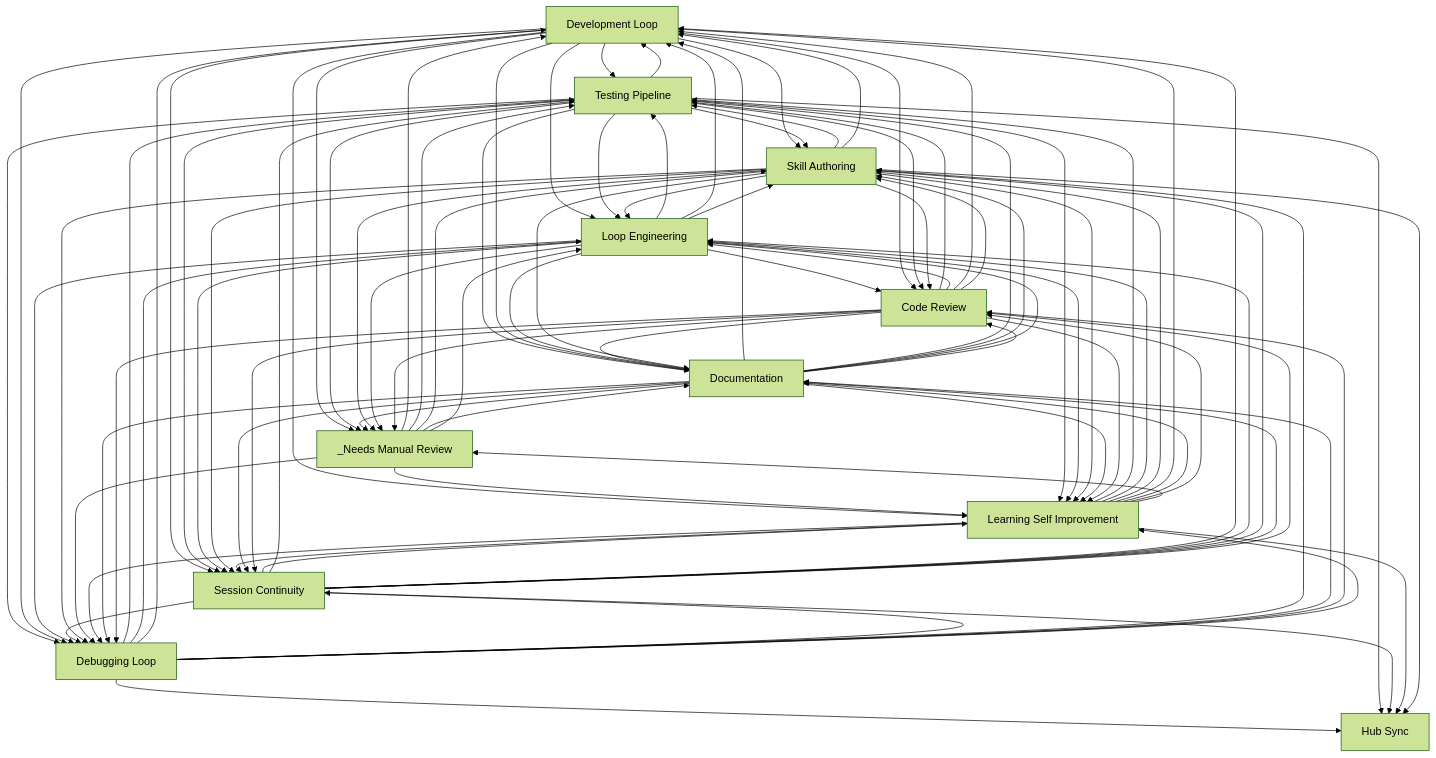
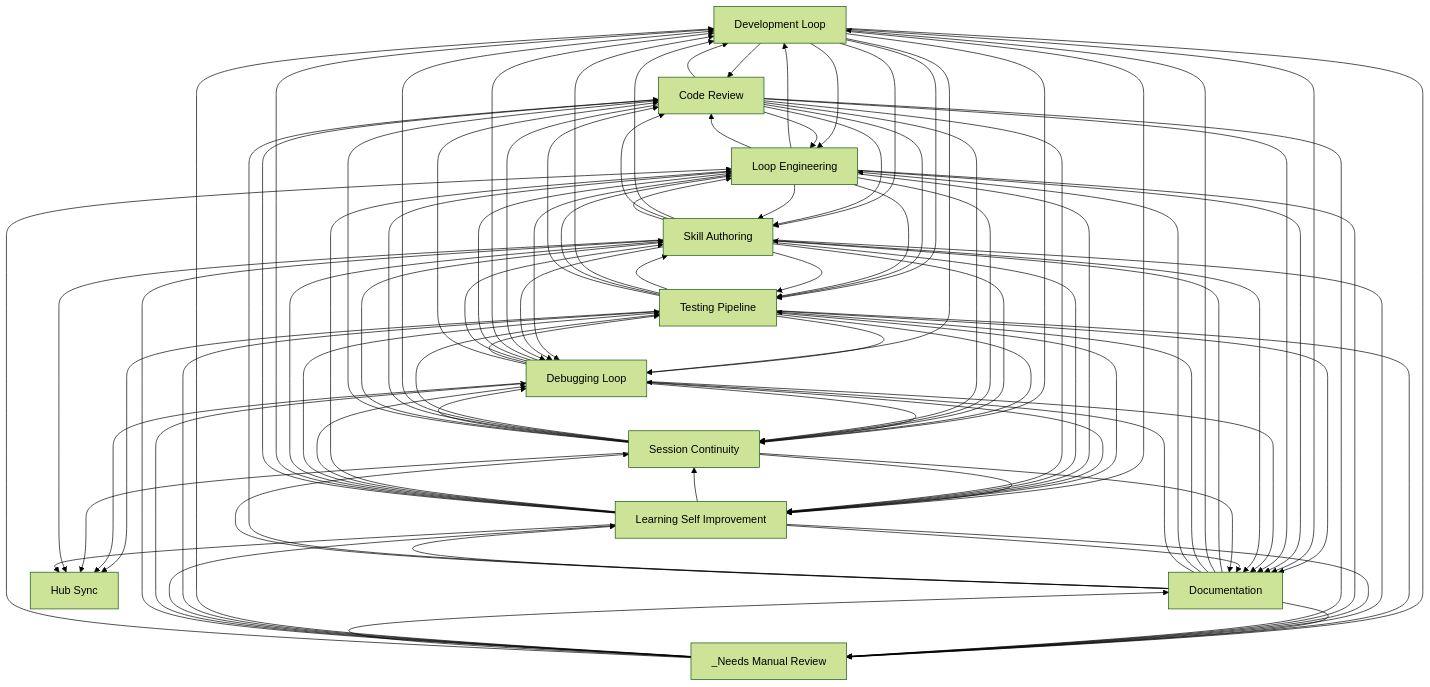
Before and after one commit to abhayla/claude-best-practices: the diagram in docs/workflows/INDEX.md, drawn with Mermaid (forest theme). The commit also changed other lines of this file and 13 other files, not shown here.

````diff
--- a/docs/workflows/INDEX.md
+++ b/docs/workflows/INDEX.md
@@ -33,61 +33,61 @@
     documentation[Documentation]
     hub_sync[Hub Sync]
     _needs_manual_review[_Needs Manual Review]
-    loop_engineering --> testing_pipeline
+    development_loop --> code_review
+    development_loop --> loop_engineering
+    development_loop --> skill_authoring
+    development_loop --> testing_pipeline
+    code_review --> development_loop
+    code_review --> loop_engineering
+    code_review --> skill_authoring
+    code_review --> testing_pipeline
     loop_engineering --> development_loop
     loop_engineering --> code_review
     loop_engineering --> skill_authoring
-    code_review --> testing_pipeline
-    code_review --> loop_engineering
-    code_review --> development_loop
-    code_review --> skill_authoring
-    development_loop --> testing_pipeline
-    development_loop --> loop_engineering
-    development_loop --> code_review
-    development_loop --> skill_authoring
+    loop_engineering --> testing_pipeline
+    skill_authoring --> testing_pipeline
     testing_pipeline --> skill_authoring
-    skill_authoring --> testing_pipeline
+    testing_pipeline --> development_loop
     _needs_manual_review --> development_loop
     _needs_manual_review --> testing_pipeline
-    testing_pipeline --> development_loop
     testing_pipeline --> loop_engineering
     testing_pipeline --> debugging_loop
+    testing_pipeline --> code_review
     testing_pipeline --> documentation
-    testing_pipeline --> code_review
+    debugging_loop --> development_loop
+    debugging_loop --> loop_engineering
+    debugging_loop --> skill_authoring
     debugging_loop --> testing_pipeline
-    debugging_loop --> loop_engineering
-    debugging_loop --> development_loop
-    debugging_loop --> skill_authoring
     development_loop --> debugging_loop
     development_loop --> documentation
     loop_engineering --> documentation
+    skill_authoring --> development_loop
+    skill_authoring --> code_review
     skill_authoring --> loop_engineering
-    skill_authoring --> code_review
-    skill_authoring --> development_loop
+    documentation --> skill_authoring
     documentation --> development_loop
     documentation --> testing_pipeline
-    documentation --> skill_authoring
     development_loop --> _needs_manual_review
     testing_pipeline --> _needs_manual_review
     code_review --> documentation
+    development_loop --> learning_self_improvement
+    development_loop --> session_continuity
+    session_continuity --> testing_pipeline
     session_continuity --> learning_self_improvement
-    session_continuity --> testing_pipeline
-    development_loop --> session_continuity
-    development_loop --> learning_self_improvement
+    testing_pipeline --> learning_self_improvement
     _needs_manual_review --> learning_self_improvement
-    testing_pipeline --> learning_self_improvement
     loop_engineering --> debugging_loop
+    testing_pipeline --> hub_sync
+    testing_pipeline --> session_continuity
+    debugging_loop --> hub_sync
     debugging_loop --> session_continuity
-    debugging_loop --> hub_sync
-    testing_pipeline --> session_continuity
-    testing_pipeline --> hub_sync
+    debugging_loop --> code_review
     debugging_loop --> documentation
-    debugging_loop --> code_review
     session_continuity --> development_loop
     session_continuity --> loop_engineering
     session_continuity --> debugging_loop
+    skill_authoring --> session_continuity
     loop_engineering --> session_continuity
-    skill_authoring --> session_continuity
     skill_authoring --> debugging_loop
     _needs_manual_review --> debugging_loop
     debugging_loop --> learning_self_improvement
@@ -96,32 +96,32 @@
     _needs_manual_review --> documentation
     documentation --> _needs_manual_review
     learning_self_improvement --> session_continuity
-    learning_self_improvement --> testing_pipeline
     learning_self_improvement --> loop_engineering
     learning_self_improvement --> debugging_loop
+    learning_self_improvement --> testing_pipeline
     learning_self_improvement --> skill_authoring
     learning_self_improvement --> development_loop
+    learning_self_improvement --> code_review
     learning_self_improvement --> documentation
-    learning_self_improvement --> code_review
     skill_authoring --> _needs_manual_review
+    session_continuity --> skill_authoring
     session_continuity --> hub_sync
-    session_continuity --> skill_authoring
+    session_continuity --> code_review
     session_continuity --> documentation
-    session_continuity --> code_review
     learning_self_improvement --> _needs_manual_review
+    skill_authoring --> hub_sync
     learning_self_improvement --> hub_sync
-    skill_authoring --> hub_sync
     _needs_manual_review --> loop_engineering
     loop_engineering --> learning_self_improvement
     loop_engineering --> _needs_manual_review
+    code_review --> debugging_loop
     documentation --> loop_engineering
     documentation --> debugging_loop
-    code_review --> debugging_loop
     skill_authoring --> learning_self_improvement
     documentation --> code_review
+    code_review --> session_continuity
+    code_review --> learning_self_improvement
     documentation --> session_continuity
     documentation --> learning_self_improvement
-    code_review --> session_continuity
-    code_review --> learning_self_improvement
     code_review --> _needs_manual_review
 ```
````
